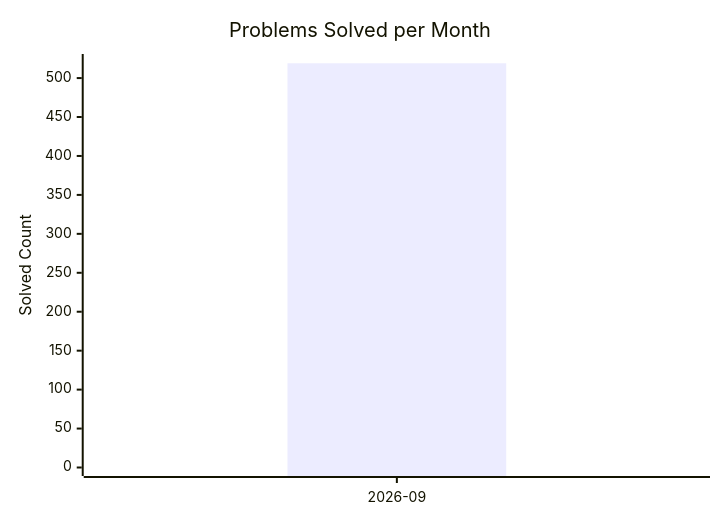
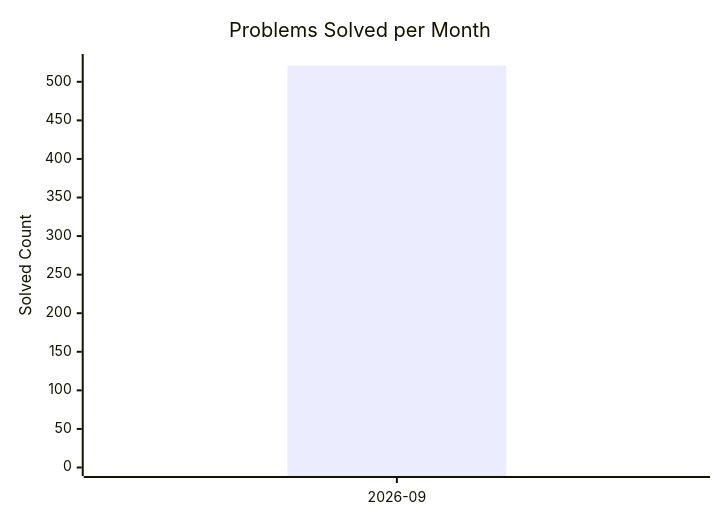
Before and after one commit to AdityaPandey-DEV/CP-Progress-Sync: the diagram in dashboard.md, drawn with Mermaid. The commit also changed other lines of this file, not shown here.

Commit message:
Auto-update CP dashboard [skip ci]

````diff
--- a/dashboard.md
+++ b/dashboard.md
@@ -8,8 +8,8 @@
 ```mermaid
 xychart-beta
     title "Problems Solved per Month"
     x-axis ["2026-09"]
-    y-axis "Solved Count" 0 --> 520
-    bar [519]
-    line [519]
+    y-axis "Solved Count" 0 --> 525
+    bar [521]
+    line [521]
 ```
````
